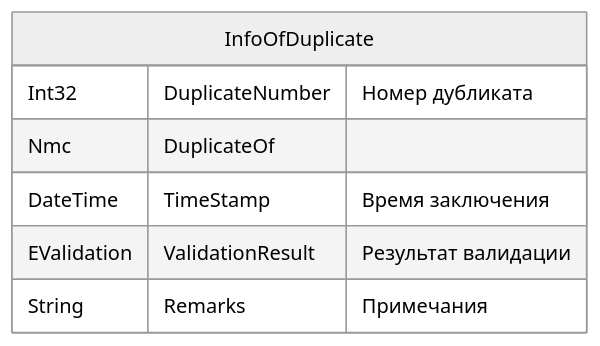
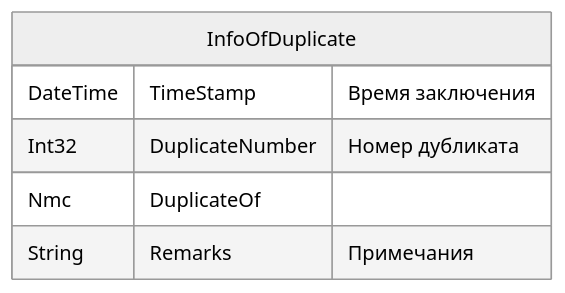
One commit to Zorin-Mykhailo/Kusto changed the fourth of 5 diagrams in Kusto/Documents/2313902__ContractorsCheck/DataModel.md. Above: the diagram before and after it, drawn with Mermaid (neutral theme). The commit also changed other lines of this file, not shown here.

````diff
--- a/Kusto/Documents/2313902__ContractorsCheck/DataModel.md
+++ b/Kusto/Documents/2313902__ContractorsCheck/DataModel.md
@@ -50,11 +58,9 @@
 ```mermaid
 erDiagram
   InfoOfDuplicate {
+    DateTime TimeStamp "Время заключения"
     Int32 DuplicateNumber "Номер дубликата"
     Nmc DuplicateOf
-    
-    DateTime TimeStamp "Время заключения"
-    EValidation ValidationResult "Результат валидации"    
     String Remarks "Примечания"
   }
 ```
````
